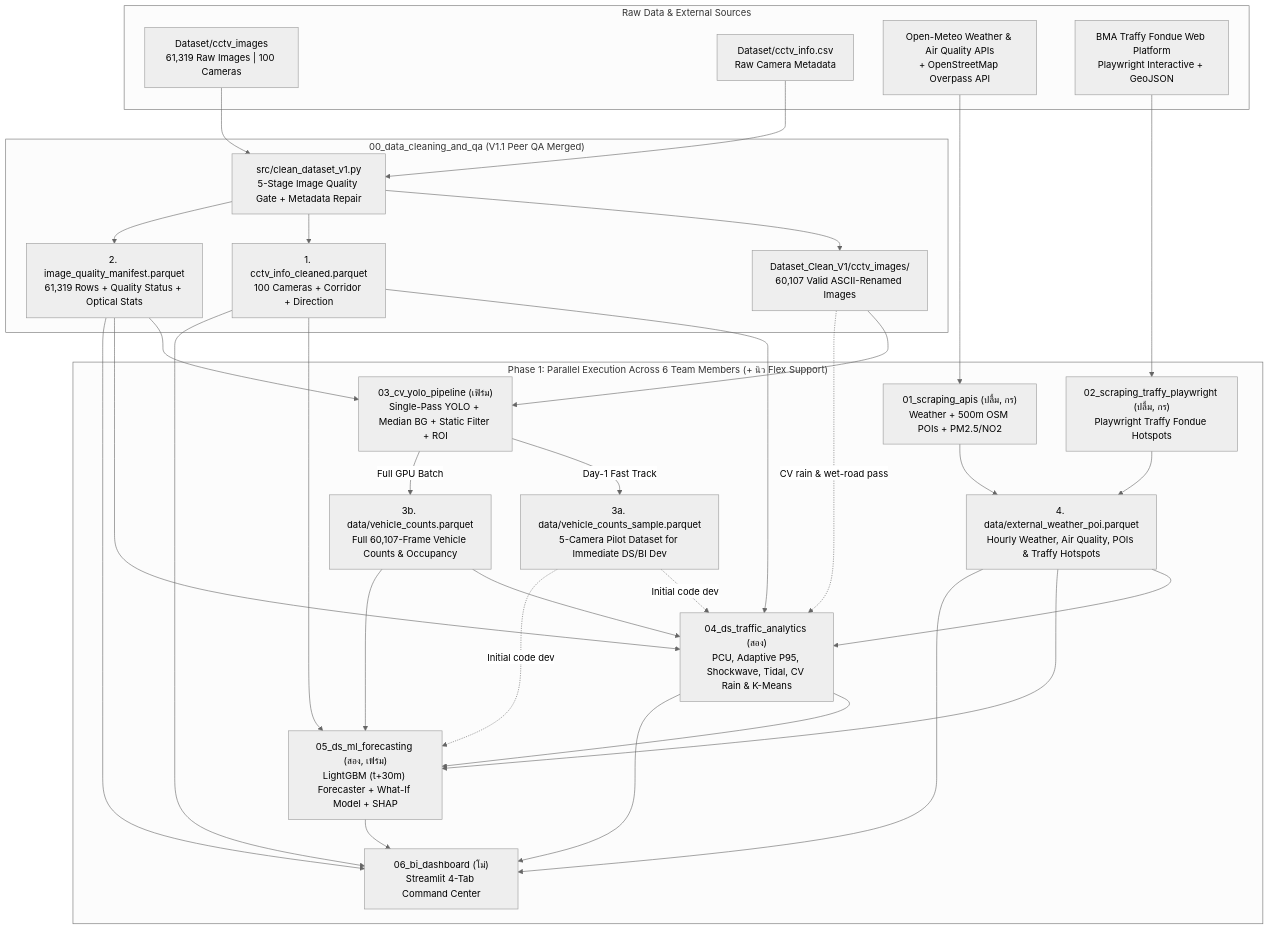
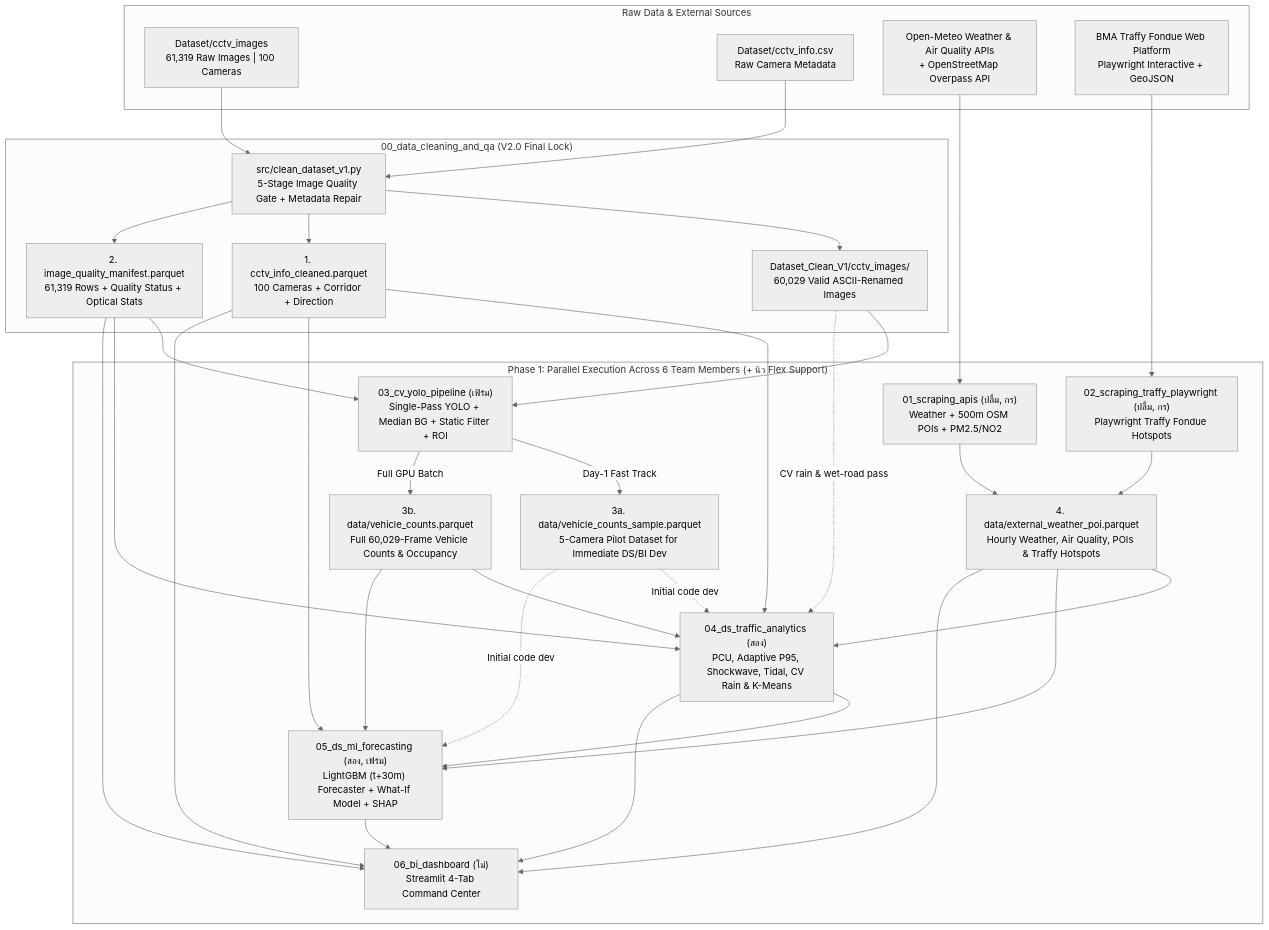
One commit to nontaphatfirm/BKK-Pulse changed the diagram in GOAL.md. Above: the diagram before and after it, drawn with Mermaid (neutral theme). The commit also changed other lines of this file and 18 other files, not shown here.

Commit message:
chore(00-qa): lock Final Data V2.0 (verify cam 225 100/100, resolve CHG-B4-02)

````diff
--- a/GOAL.md
+++ b/GOAL.md
@@ -34,65 +34,65 @@
 ```mermaid
 flowchart TD
     subgraph RawSources["Raw Data & External Sources"]
         RAW_IMG["Dataset/cctv_images<br/>61,319 Raw Images | 100 Cameras"]
         RAW_META["Dataset/cctv_info.csv<br/>Raw Camera Metadata"]
         EXT_API["Open-Meteo Weather & Air Quality APIs<br/>+ OpenStreetMap Overpass API"]
         EXT_WEB["BMA Traffy Fondue Web Platform<br/>Playwright Interactive + GeoJSON"]
     end
 
-    subgraph Task00["00_data_cleaning_and_qa (V1.1 Peer QA Merged)"]
+    subgraph Task00["00_data_cleaning_and_qa (V2.0 Final Lock)"]
         CLEAN_SCRIPT["src/clean_dataset_v1.py<br/>5-Stage Image Quality Gate + Metadata Repair"]
-        CLEAN_IMG["Dataset_Clean_V1/cctv_images/<br/>60,107 Valid ASCII-Renamed Images"]
+        CLEAN_IMG["Dataset_Clean_V1/cctv_images/<br/>60,029 Valid ASCII-Renamed Images"]
         TBL_META["1. cctv_info_cleaned.parquet<br/>100 Cameras + Corridor + Direction"]
         TBL_MAN["2. image_quality_manifest.parquet<br/>61,319 Rows + Quality Status + Optical Stats"]
     end
 
     subgraph ParallelTracks["Phase 1: Parallel Execution Across 6 Team Members (+ นิว Flex Support)"]
         T01["01_scraping_apis (ปลื้ม, กร)<br/>Weather + 500m OSM POIs + PM2.5/NO2"]
         T02["02_scraping_traffy_playwright (ปลื้ม, กร)<br/>Playwright Traffy Fondue Hotspots"]
         T03["03_cv_yolo_pipeline (เฟิร์ม)<br/>Single-Pass YOLO + Median BG + Static Filter + ROI"]
 
         TBL_EXT["4. data/external_weather_poi.parquet<br/>Hourly Weather, Air Quality, POIs & Traffy Hotspots"]
         TBL_SAMPLE["3a. data/vehicle_counts_sample.parquet<br/>5-Camera Pilot Dataset for Immediate DS/BI Dev"]
-        TBL_VEH["3b. data/vehicle_counts.parquet<br/>Full 60,107-Frame Vehicle Counts & Occupancy"]
+        TBL_VEH["3b. data/vehicle_counts.parquet<br/>Full 60,029-Frame Vehicle Counts & Occupancy"]
 
         T04["04_ds_traffic_analytics (สอง)<br/>PCU, Adaptive P95, Shockwave, Tidal, CV Rain & K-Means"]
         T05["05_ds_ml_forecasting (สอง, เฟิร์ม)<br/>LightGBM (t+30m) Forecaster + What-If Model + SHAP"]
         T06["06_bi_dashboard (โม่)<br/>Streamlit 4-Tab Command Center"]
     end
 
     RAW_IMG --> CLEAN_SCRIPT
     RAW_META --> CLEAN_SCRIPT
     CLEAN_SCRIPT --> CLEAN_IMG
     CLEAN_SCRIPT --> TBL_META
     CLEAN_SCRIPT --> TBL_MAN
 
     EXT_API --> T01
     EXT_WEB --> T02
     T01 --> TBL_EXT
     T02 --> TBL_EXT
 
     CLEAN_IMG --> T03
     TBL_MAN --> T03
     T03 -->|"Day-1 Fast Track"| TBL_SAMPLE
     T03 -->|"Full GPU Batch"| TBL_VEH
 
     CLEAN_IMG -.->|"CV rain & wet-road pass"| T04
     TBL_META --> T04
     TBL_MAN --> T04
     TBL_EXT --> T04
     TBL_SAMPLE -.->|"Initial code dev"| T04
     TBL_VEH --> T04
 
     TBL_META --> T05
     TBL_EXT --> T05
     TBL_SAMPLE -.->|"Initial code dev"| T05
     TBL_VEH --> T05
     T04 --> T05
 
     TBL_META --> T06
     TBL_MAN --> T06
     TBL_EXT --> T06
     T04 --> T06
     T05 --> T06
 ```
````
